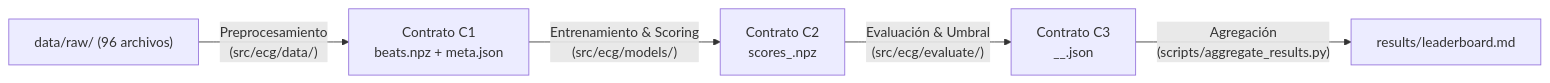
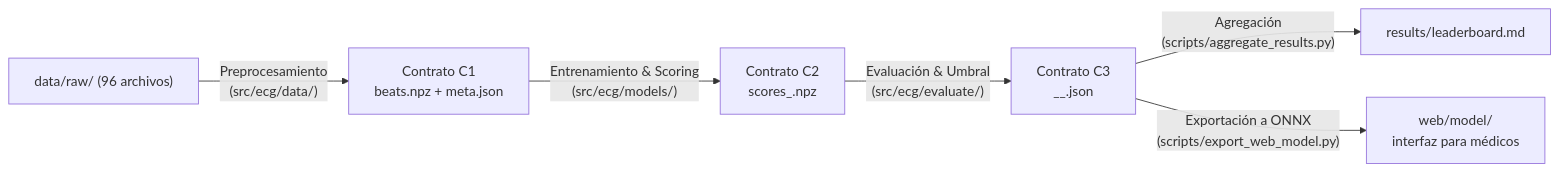
The diagram in docs/metodologia_y_estructura.md (samugarciar/ecg-encoder), drawn with Mermaid before and after one commit. The commit also changed other lines of this file and 1 other file, not shown here.

````diff
--- a/docs/metodologia_y_estructura.md
+++ b/docs/metodologia_y_estructura.md
@@ -61,7 +61,8 @@
 ```mermaid
 flowchart LR
     Raw["data/raw/ (96 archivos)"] -->|"Preprocesamiento\n(src/ecg/data/)"| C1["Contrato C1\nbeats.npz + meta.json"]
     C1 -->|"Entrenamiento & Scoring\n(src/ecg/models/)"| C2["Contrato C2\nscores_<split>.npz"]
     C2 -->|"Evaluación & Umbral\n(src/ecg/evaluate/)"| C3["Contrato C3\n<run_id>__<split>.json"]
     C3 -->|"Agregación\n(scripts/aggregate_results.py)"| Board["results/leaderboard.md"]
+    C3 -->|"Exportación a ONNX\n(scripts/export_web_model.py)"| Web["web/model/\ninterfaz para médicos"]
 ```
````
